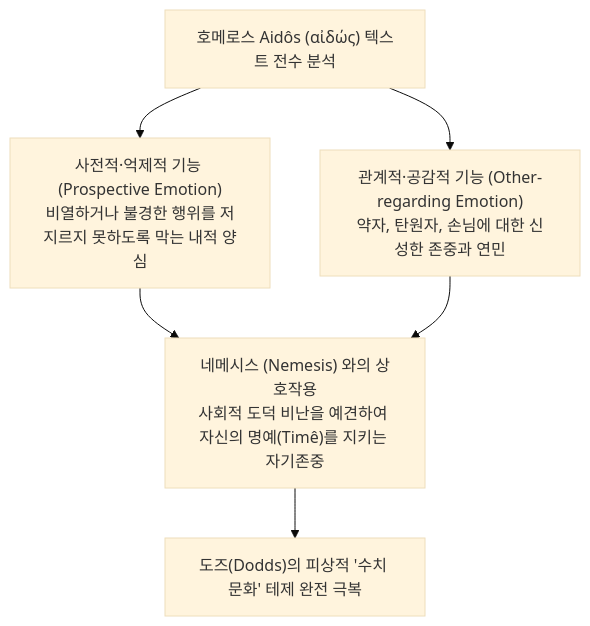
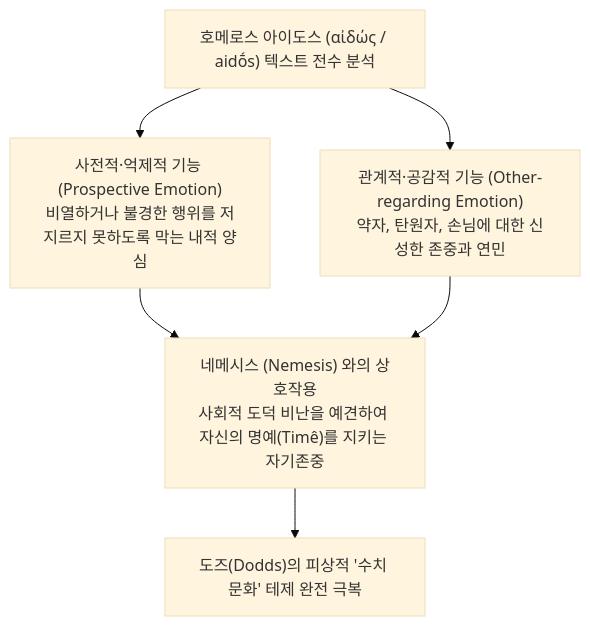
One commit to YgHnSIM/Homer_wiki changed the diagram in wiki/sources/cairns-1993-aidos.md. Above: the diagram before and after it, drawn with Mermaid (base theme). The commit also changed other lines of this file and 39 other files, not shown here.

````diff
--- a/wiki/sources/cairns-1993-aidos.md
+++ b/wiki/sources/cairns-1993-aidos.md
@@ -49,7 +49,7 @@
 ```mermaid
 graph TD
-    A["호메로스 Aidôs (αἰδώς) 텍스트 전수 분석"] --> B["사전적·억제적 기능 (Prospective Emotion)<br/>비열하거나 불경한 행위를 저지르지 못하도록 막는 내적 양심"]
+    A["호메로스 아이도스 (αἰδώς / aidṓs) 텍스트 전수 분석"] --> B["사전적·억제적 기능 (Prospective Emotion)<br/>비열하거나 불경한 행위를 저지르지 못하도록 막는 내적 양심"]
     A --> C["관계적·공감적 기능 (Other-regarding Emotion)<br/>약자, 탄원자, 손님에 대한 신성한 존중과 연민"]
     B & C --> D["네메시스 (Nemesis) 와의 상호작용<br/>사회적 도덕 비난을 예견하여 자신의 명예(Timê)를 지키는 자기존중"]
     D --> E["도즈(Dodds)의 피상적 '수치 문화' 테제 완전 극복"]
 ```
````
